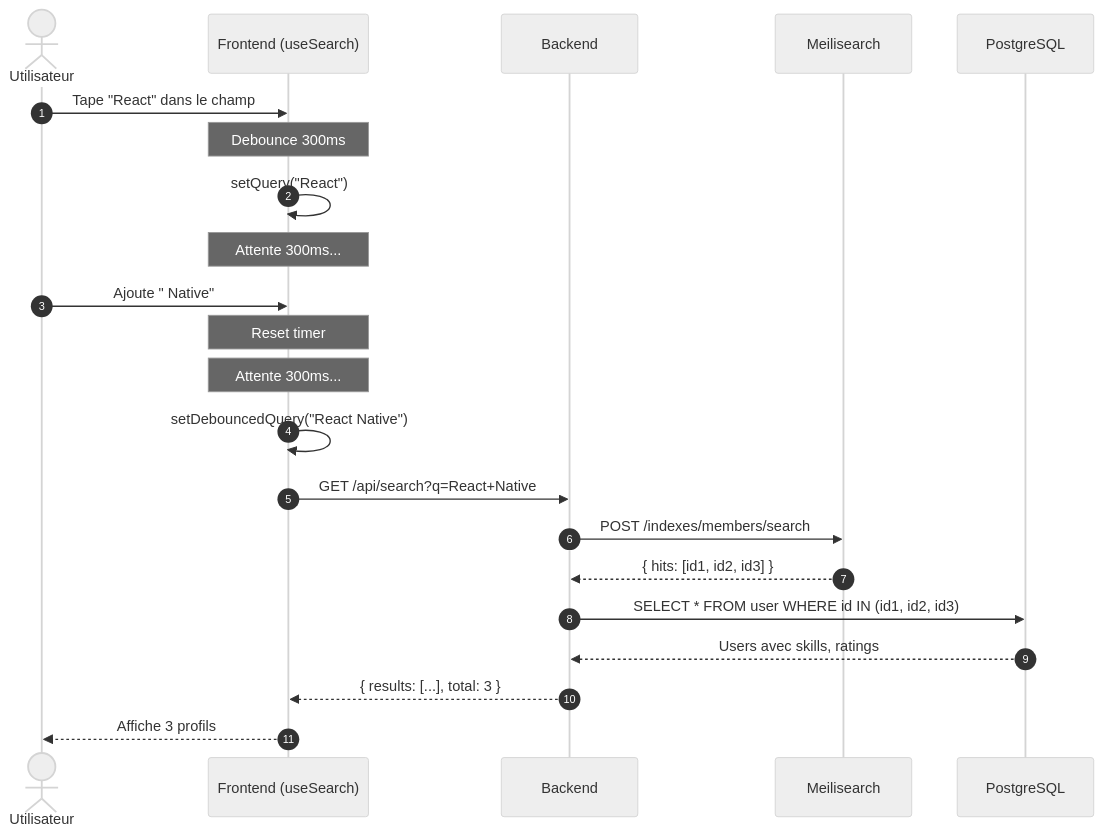
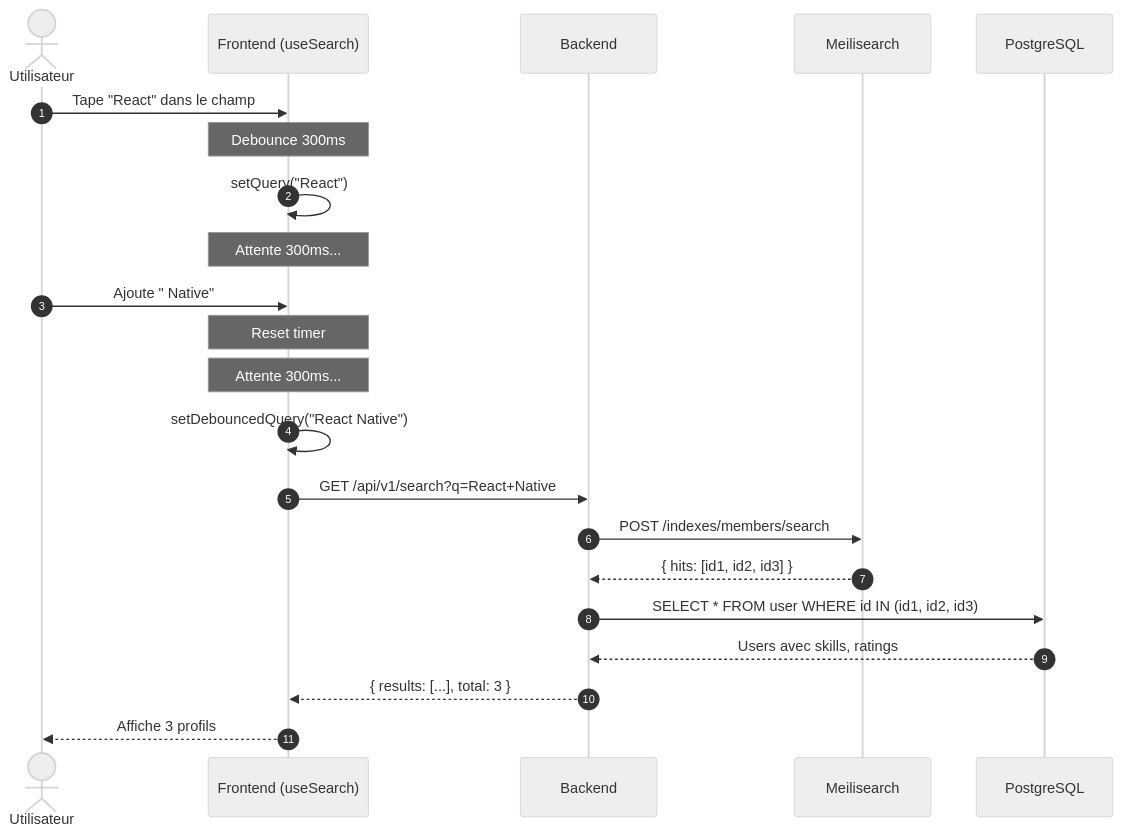
The first of 2 diagrams in docs/documentation-implementation/arc42/06-runtime/search.md (Sojeremy/documentation-skillswap), drawn with Mermaid (neutral theme) before and after one commit. The commit also changed 5 other files, not shown here.

First line of the commit message:
docs(arc42): aligner les Mermaid sur le préfixe /api/v1/ et le chemin /profiles (axe 3 / commit 1)

````diff
--- a/docs/documentation-implementation/arc42/06-runtime/search.md
+++ b/docs/documentation-implementation/arc42/06-runtime/search.md
@@ -5,25 +5,25 @@
 ```mermaid
 sequenceDiagram
     autonumber
     actor U as Utilisateur
     participant F as Frontend (useSearch)
     participant B as Backend
     participant MS as Meilisearch
     participant DB as PostgreSQL
 
     U->>F: Tape "React" dans le champ
     Note over F: Debounce 300ms
     F->>F: setQuery("React")
     Note over F: Attente 300ms...
     U->>F: Ajoute " Native"
     Note over F: Reset timer
     Note over F: Attente 300ms...
     F->>F: setDebouncedQuery("React Native")
-    F->>B: GET /api/search?q=React+Native
+    F->>B: GET /api/v1/search?q=React+Native
     B->>MS: POST /indexes/members/search
     MS-->>B: { hits: [id1, id2, id3] }
     B->>DB: SELECT * FROM user WHERE id IN (id1, id2, id3)
     DB-->>B: Users avec skills, ratings
     B-->>F: { results: [...], total: 3 }
     F-->>U: Affiche 3 profils
 ```
````
